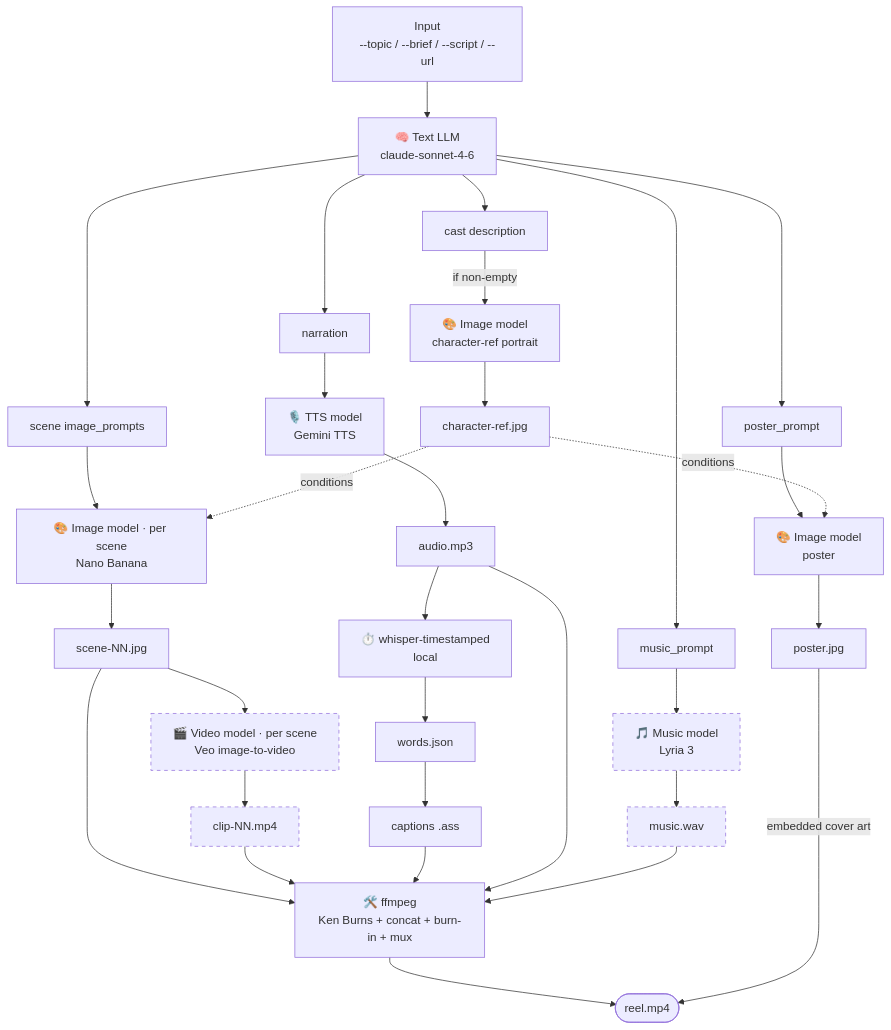
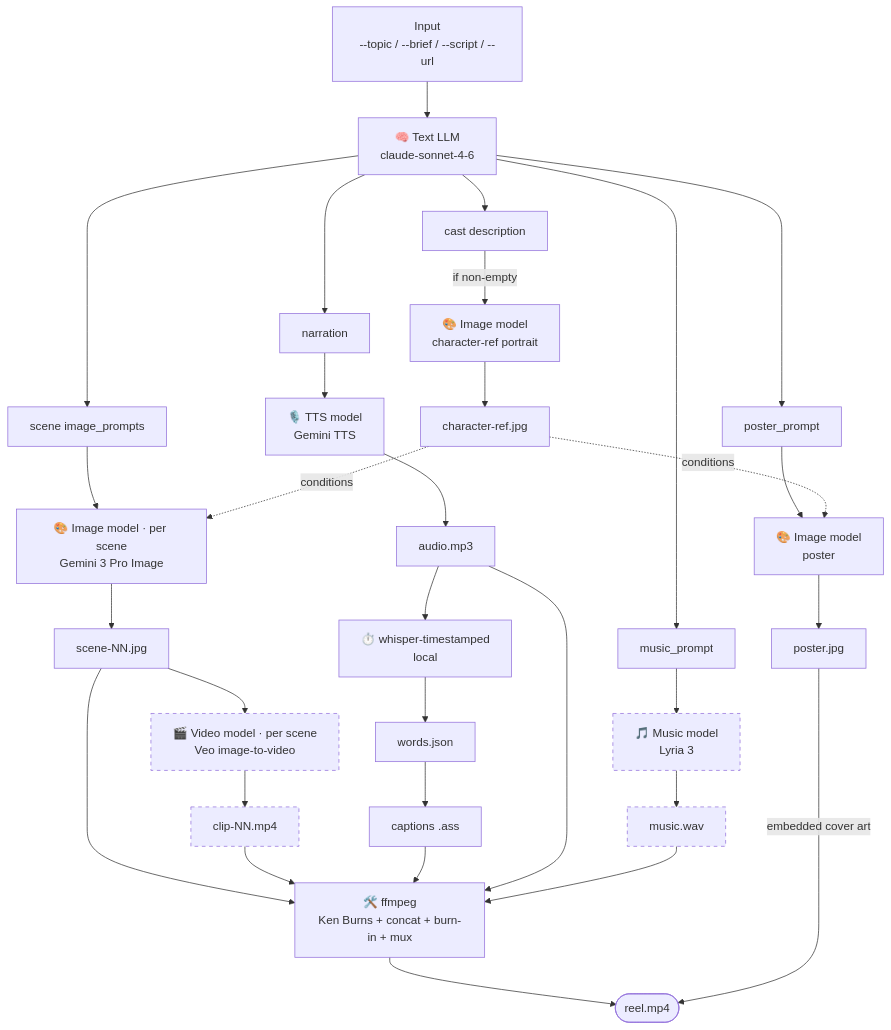
One commit to spunkytensor/reel-maestro changed the second of 2 diagrams in README.md. Above: the diagram before and after it, drawn with Mermaid. The commit also changed other lines of this file and 8 other files, not shown here.

````diff
--- a/README.md
+++ b/README.md
@@ -465,52 +480,52 @@
 ```mermaid
 flowchart TD
     input["Input<br/>--topic / --brief / --script / --url"] --> textLLM["🧠 Text LLM<br/>claude-sonnet-4-6"]
 
     textLLM --> narration["narration"]
     textLLM --> scenePrompts["scene image_prompts"]
     textLLM --> posterPrompt["poster_prompt"]
     textLLM --> musicPrompt["music_prompt"]
     textLLM --> cast["cast description"]
 
     %% Character-consistency portrait
     cast -->|"if non-empty"| charImg["🎨 Image model<br/>character-ref portrait"]
     charImg --> charRef["character-ref.jpg"]
 
     %% Per-scene images
-    scenePrompts --> sceneImg["🎨 Image model · per scene<br/>Nano Banana"]
+    scenePrompts --> sceneImg["🎨 Image model · per scene<br/>Gemini 3 Pro Image"]
     charRef -.->|conditions| sceneImg
     sceneImg --> stills["scene-NN.jpg"]
 
     %% Custom poster
     posterPrompt --> posterImg["🎨 Image model<br/>poster"]
     charRef -.->|conditions| posterImg
     posterImg --> poster["poster.jpg"]
 
     %% Narration audio
     narration --> tts["🎙️ TTS model<br/>Gemini TTS"]
     tts --> audio["audio.mp3"]
 
     %% Captions — local, not an AI/OpenRouter call
     audio --> whisper["⏱️ whisper-timestamped<br/>local"]
     whisper --> words["words.json"] --> captions["captions .ass"]
 
     %% Optional soundtrack
     musicPrompt --> music["🎵 Music model<br/>Lyria 3"]
     music --> musicFile["music.wav"]
 
     %% Optional AI video clips
     stills --> veo["🎬 Video model · per scene<br/>Veo image-to-video"]
     veo --> clips["clip-NN.mp4"]
 
     %% Final assembly
     stills --> mux["🛠️ ffmpeg<br/>Ken Burns + concat + burn-in + mux"]
     clips --> mux
     captions --> mux
     audio --> mux
     musicFile --> mux
     mux --> reel(["reel.mp4"])
     poster -->|embedded cover art| reel
 
     classDef optional stroke-dasharray: 5 5;
     class music,musicFile,veo,clips optional;
 ```
````
